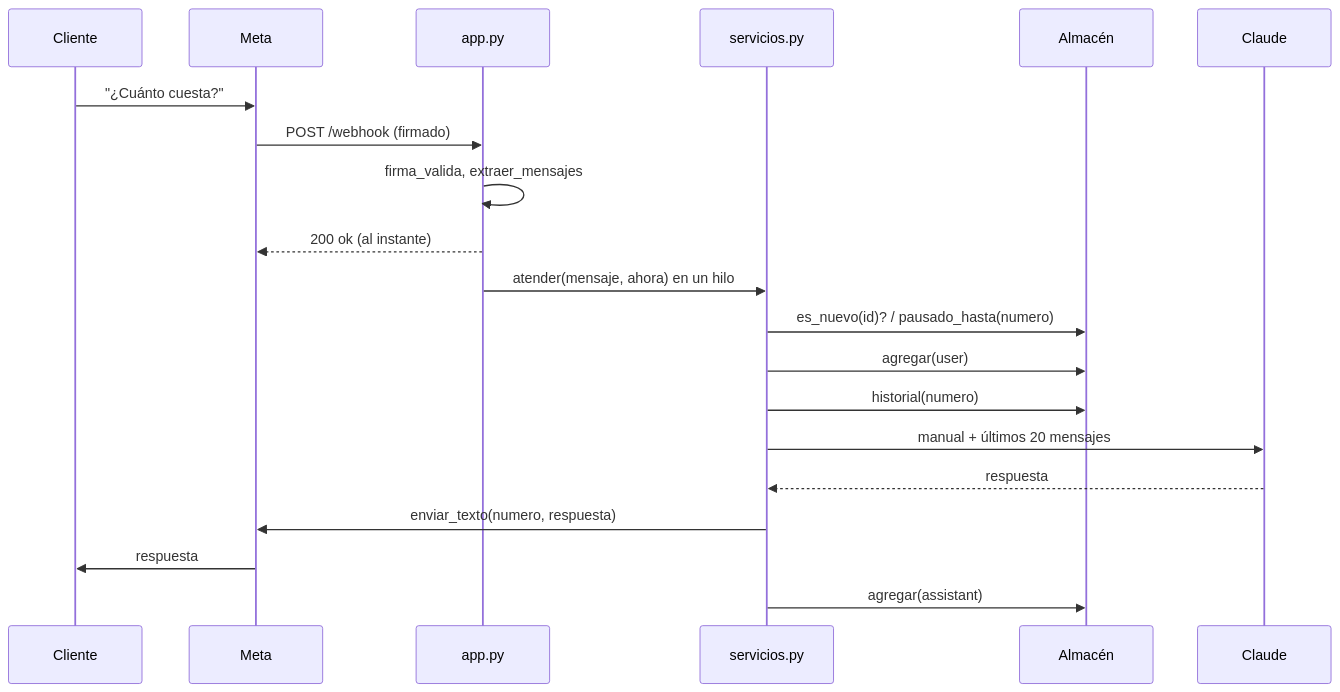
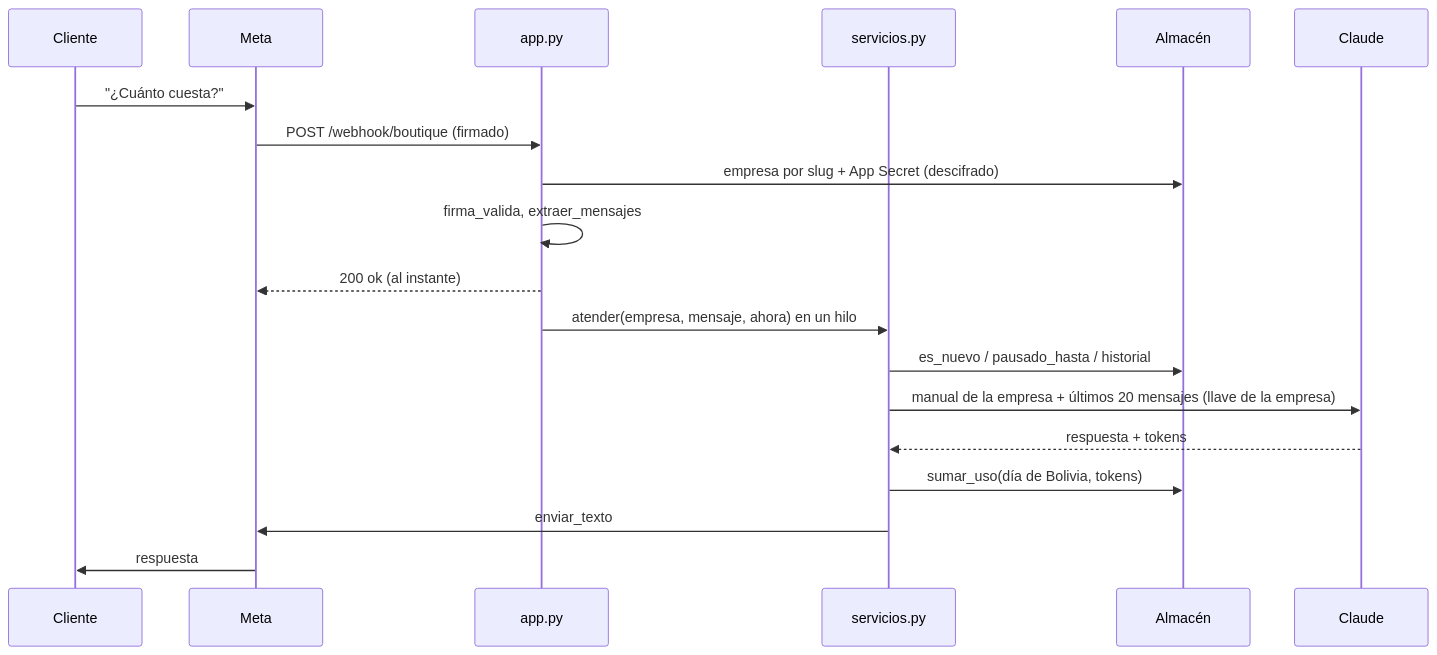
The first of 2 diagrams in docs/arquitectura.md (hugozuniga770/Bot-WhatsApp), drawn with Mermaid before and after one commit. The commit also changed other lines of this file and 49 other files, not shown here.

````diff
--- a/docs/arquitectura.md
+++ b/docs/arquitectura.md
@@ -21,22 +26,21 @@
 ```mermaid
 sequenceDiagram
     participant C as Cliente
     participant M as Meta
     participant A as app.py
     participant S as servicios.py
     participant D as Almacén
     participant IA as Claude
     C->>M: "¿Cuánto cuesta?"
-    M->>A: POST /webhook (firmado)
+    M->>A: POST /webhook/boutique (firmado)
+    A->>D: empresa por slug + App Secret (descifrado)
     A->>A: firma_valida, extraer_mensajes
     A-->>M: 200 ok (al instante)
-    A->>S: atender(mensaje, ahora) en un hilo
-    S->>D: es_nuevo(id)? / pausado_hasta(numero)
-    S->>D: agregar(user)
-    S->>D: historial(numero)
-    S->>IA: manual + últimos 20 mensajes
-    IA-->>S: respuesta
-    S->>M: enviar_texto(numero, respuesta)
+    A->>S: atender(empresa, mensaje, ahora) en un hilo
+    S->>D: es_nuevo / pausado_hasta / historial
+    S->>IA: manual de la empresa + últimos 20 mensajes (llave de la empresa)
+    IA-->>S: respuesta + tokens
+    S->>D: sumar_uso(día de Bolivia, tokens)
+    S->>M: enviar_texto
     M->>C: respuesta
-    S->>D: agregar(assistant)
 ```
````
